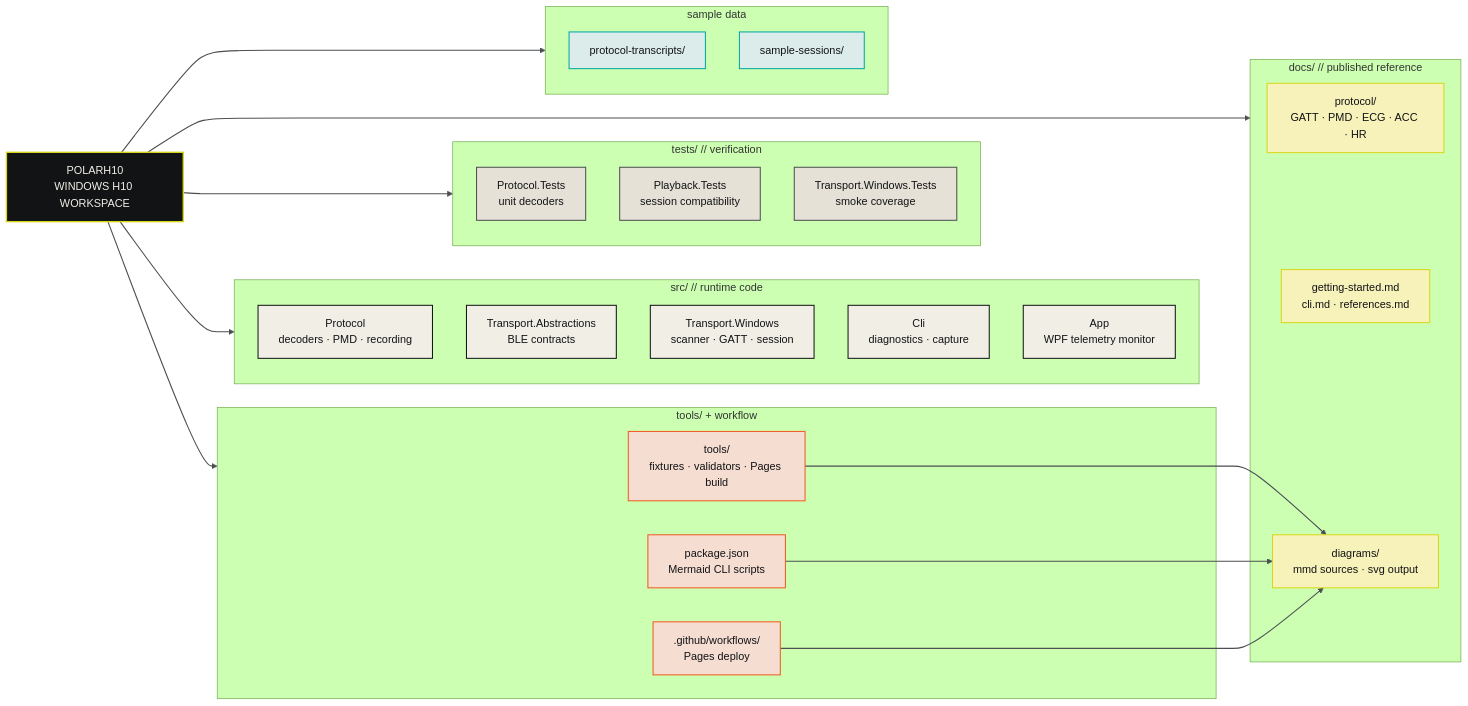
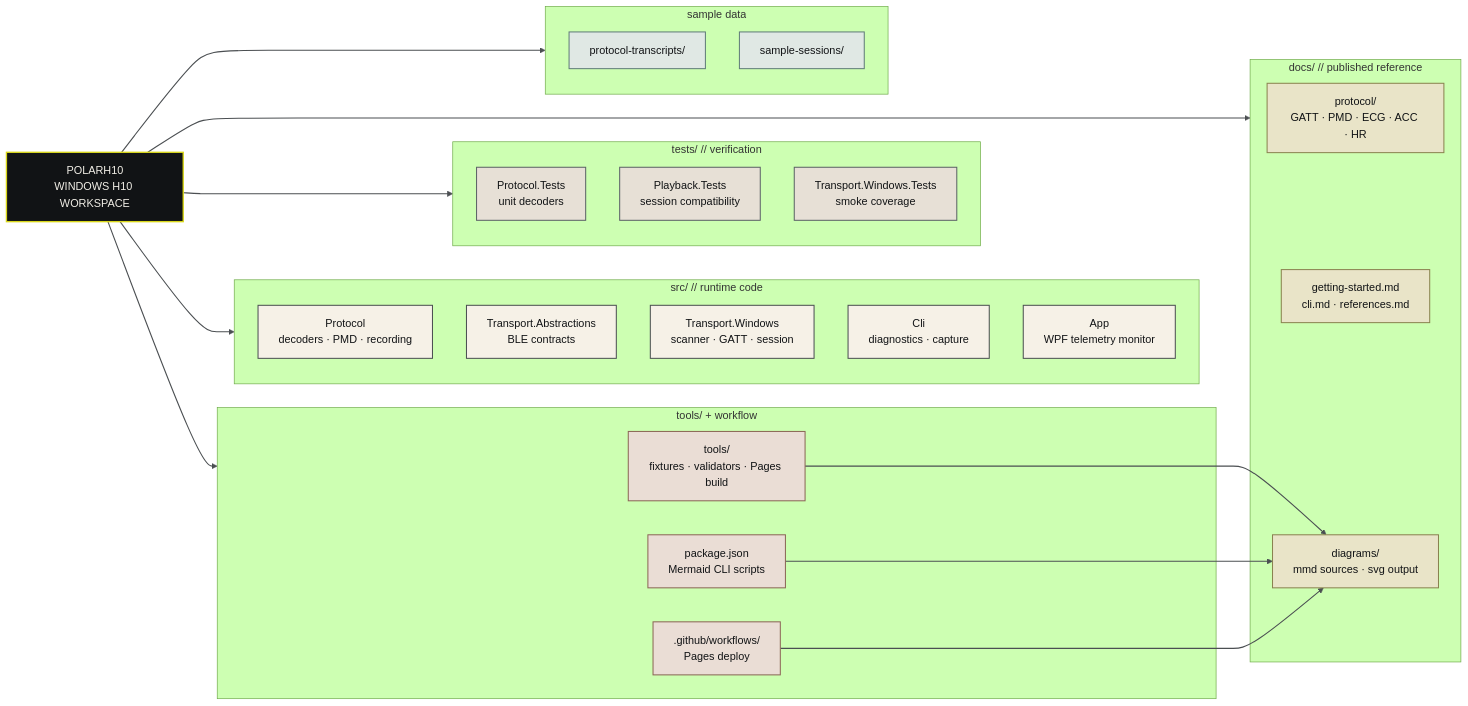
One commit to MesmerPrism/PolarH10 changed the first of 3 diagrams in README.md. Above: the diagram before and after it, drawn with Mermaid (forest theme). The commit also changed other lines of this file and 11 other files, not shown here.

Commit message:
Soften Mermaid palette and viewer backgrounds

````diff
--- a/README.md
+++ b/README.md
@@ -27,58 +27,58 @@
 ```mermaid
 flowchart LR
     R["POLARH10<br/>WINDOWS H10 WORKSPACE"]
 
     subgraph Source["src/ // runtime code"]
         P1["Protocol<br/>decoders · PMD · recording"]
         P2["Transport.Abstractions<br/>BLE contracts"]
         P3["Transport.Windows<br/>scanner · GATT · session"]
         P4["Cli<br/>diagnostics · capture"]
         P5["App<br/>WPF telemetry monitor"]
     end
 
     subgraph Tests["tests/ // verification"]
         T1["Protocol.Tests<br/>unit decoders"]
         T2["Playback.Tests<br/>session compatibility"]
         T3["Transport.Windows.Tests<br/>smoke coverage"]
     end
 
     subgraph Docs["docs/ // published reference"]
         D1["protocol/<br/>GATT · PMD · ECG · ACC · HR"]
         D2["getting-started.md<br/>cli.md · references.md"]
         D3["diagrams/<br/>mmd sources · svg output"]
     end
 
     subgraph Tooling["tools/ + workflow"]
         TL1["tools/<br/>fixtures · validators · Pages build"]
         TL2["package.json<br/>Mermaid CLI scripts"]
         TL3[".github/workflows/<br/>Pages deploy"]
     end
 
     subgraph Samples["sample data"]
         S1["protocol-transcripts/"]
         S2["sample-sessions/"]
     end
 
     R --> Source
     R --> Tests
     R --> Docs
     R --> Tooling
     R --> Samples
     TL1 --> D3
     TL2 --> D3
     TL3 --> D3
 
     classDef hub fill:#111315,stroke:#D8D61A,color:#F1EEE6,stroke-width:2px;
-    classDef source fill:#F1EEE6,stroke:#111315,color:#111315,stroke-width:1.5px;
-    classDef tests fill:#E6E1D7,stroke:#4B4F52,color:#111315,stroke-width:1.5px;
-    classDef docs fill:#F7F1BA,stroke:#D8D61A,color:#111315,stroke-width:1.5px;
-    classDef tooling fill:#F6DDD2,stroke:#F05A22,color:#111315,stroke-width:1.5px;
-    classDef sample fill:#DCECEB,stroke:#00A7A0,color:#111315,stroke-width:1.5px;
+    classDef source fill:#F6F1E7,stroke:#4B4F52,color:#111315,stroke-width:1.5px;
+    classDef tests fill:#E7E0D6,stroke:#5B6266,color:#111315,stroke-width:1.5px;
+    classDef docs fill:#E9E4C8,stroke:#8A8250,color:#111315,stroke-width:1.5px;
+    classDef tooling fill:#EADDD5,stroke:#8B6656,color:#111315,stroke-width:1.5px;
+    classDef sample fill:#E0E8E4,stroke:#607C78,color:#111315,stroke-width:1.5px;
     class R hub;
     class P1,P2,P3,P4,P5 source;
     class T1,T2,T3 tests;
     class D1,D2,D3 docs;
     class TL1,TL2,TL3 tooling;
     class S1,S2 sample;
     linkStyle default stroke:#4B4F52,stroke-width:1.6px;
 ```
````
